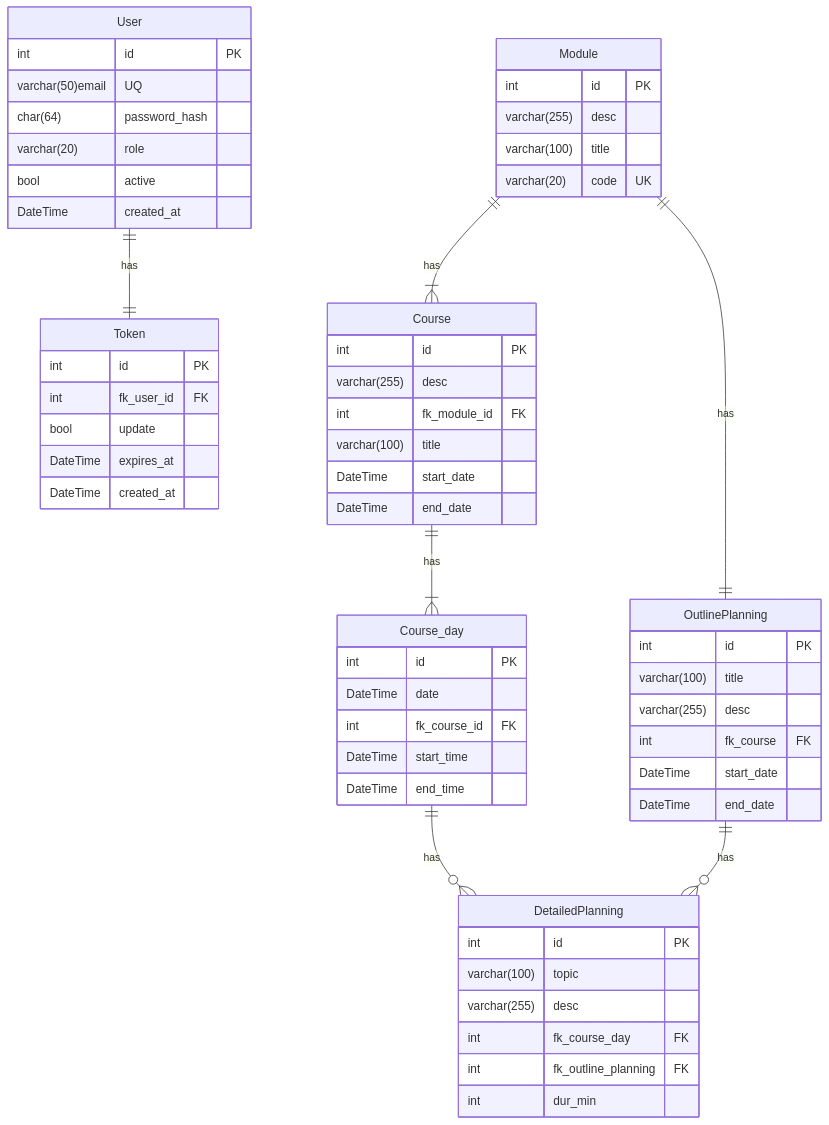
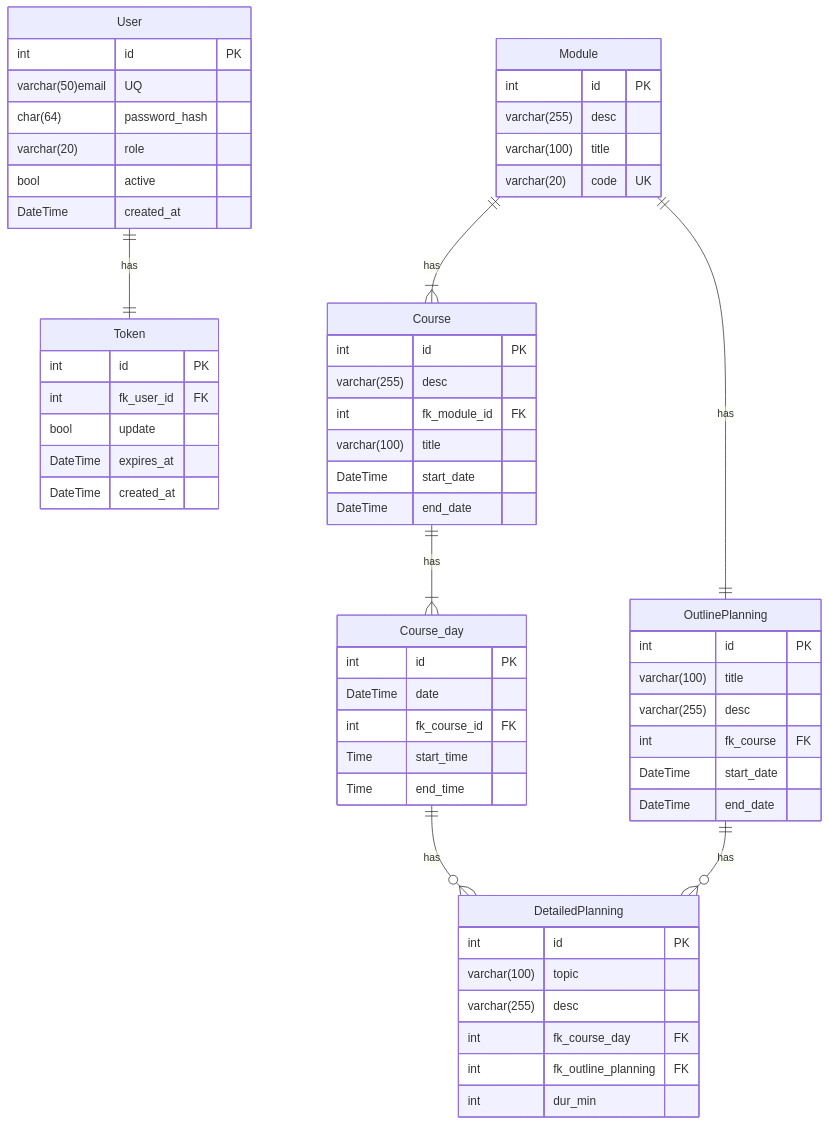
The diagram in Documentation/Database/ERModel.md (IPT8-1-Group/IPT8.1-Cadence), drawn with Mermaid before and after one commit. The commit also changed 1 other file, not shown here.

Commit message:
update db docu

````diff
--- a/Documentation/Database/ERModel.md
+++ b/Documentation/Database/ERModel.md
@@ -8,67 +8,67 @@
 ```mermaid
 erDiagram
     User ||--|| Token : has
     Module ||--|{ Course : has
     Course ||--|{ Course_day : has
     Course_day ||--o{ DetailedPlanning : has
     OutlinePlanning ||--o{DetailedPlanning : has
     Module ||--||OutlinePlanning : has
 
     User{
         int id PK
         varchar(50)email UQ
         char(64) password_hash
         varchar(20) role
         bool active
         DateTime created_at
     }
     Token {
         int id PK
         int fk_user_id FK
         bool update
         DateTime expires_at
         DateTime created_at
     }
     
     Module {
         int id PK
         varchar(255) desc
         varchar(100) title
         varchar(20) code UK
     }
     
     Course {
         int id PK
         varchar(255) desc
         int fk_module_id FK
         varchar(100) title
         DateTime start_date
         DateTime end_date
     }
     
     Course_day {
         int id PK
         DateTime date
         int fk_course_id FK
-        DateTime start_time
-        DateTime end_time
+        Time start_time
+        Time end_time
     }
     OutlinePlanning {
         int id PK
         varchar(100) title
         varchar(255) desc
         int fk_course FK
         DateTime start_date
         DateTime end_date
        }
    
     DetailedPlanning {
         int id PK
         varchar(100) topic
         varchar(255) desc
         int fk_course_day FK
         int fk_outline_planning FK
         int dur_min
        }
     
 ```
````
